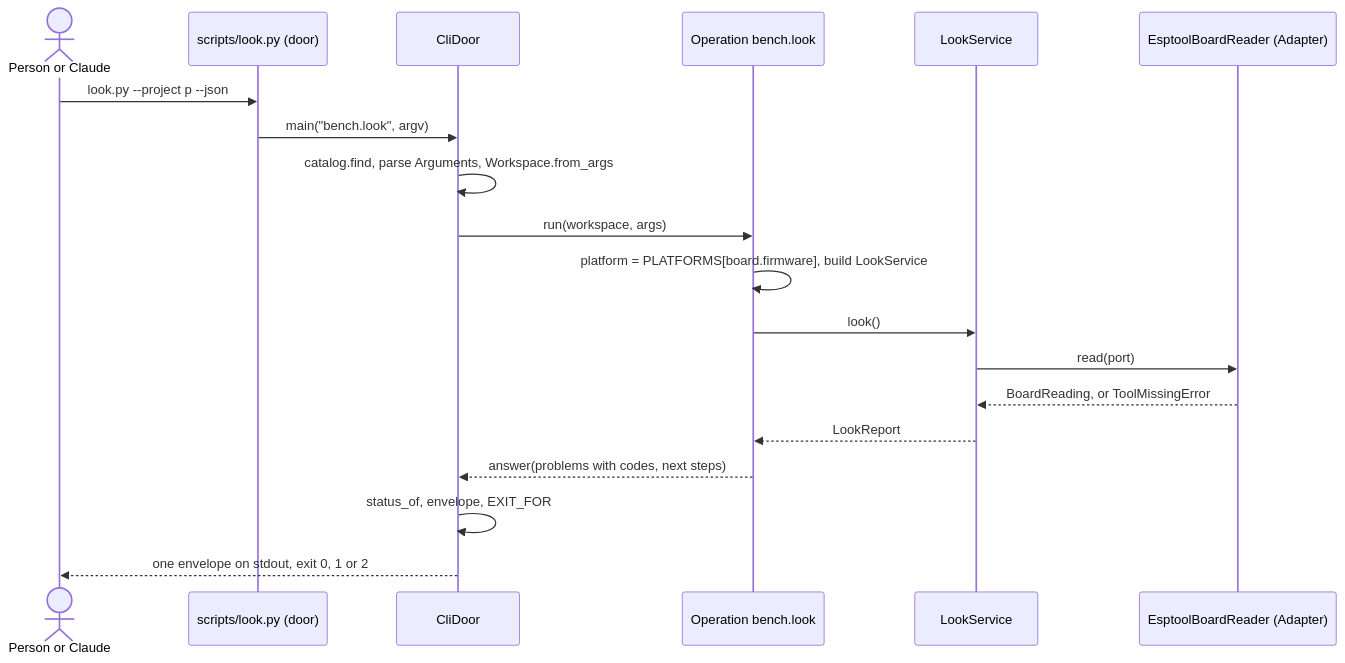
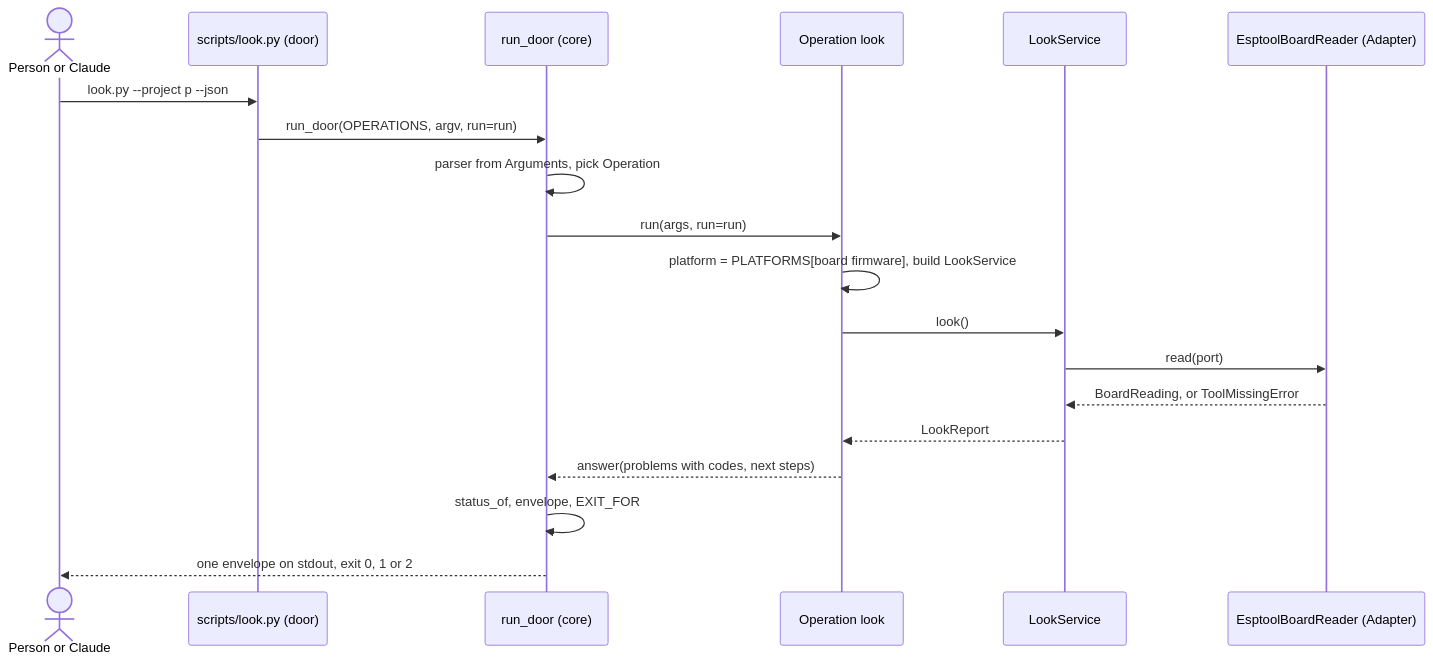
Before and after one commit to xmejkal/spark: the third of 3 diagrams in docs/discovery/2026-10-19-p323-target-architecture/design.md, drawn with Mermaid. The commit also changed other lines of this file, not shown here.

````diff
--- a/docs/discovery/2026-10-19-p323-target-architecture/design.md
+++ b/docs/discovery/2026-10-19-p323-target-architecture/design.md
@@ -220,21 +225,21 @@
 ```mermaid
 sequenceDiagram
   actor P as Person or Claude
   participant D as scripts/look.py (door)
-  participant C as CliDoor
-  participant O as Operation bench.look
+  participant H as run_door (core)
+  participant O as Operation look
   participant S as LookService
   participant A as EsptoolBoardReader (Adapter)
   P->>D: look.py --project p --json
-  D->>C: main("bench.look", argv)
-  C->>C: catalog.find, parse Arguments, Workspace.from_args
-  C->>O: run(workspace, args)
-  O->>O: platform = PLATFORMS[board.firmware], build LookService
+  D->>H: run_door(OPERATIONS, argv, run=run)
+  H->>H: parser from Arguments, pick Operation
+  H->>O: run(args, run=run)
+  O->>O: platform = PLATFORMS[board firmware], build LookService
   O->>S: look()
   S->>A: read(port)
   A-->>S: BoardReading, or ToolMissingError
   S-->>O: LookReport
-  O-->>C: answer(problems with codes, next steps)
-  C->>C: status_of, envelope, EXIT_FOR
-  C-->>P: one envelope on stdout, exit 0, 1 or 2
+  O-->>H: answer(problems with codes, next steps)
+  H->>H: status_of, envelope, EXIT_FOR
+  H-->>P: one envelope on stdout, exit 0, 1 or 2
 ```
````
